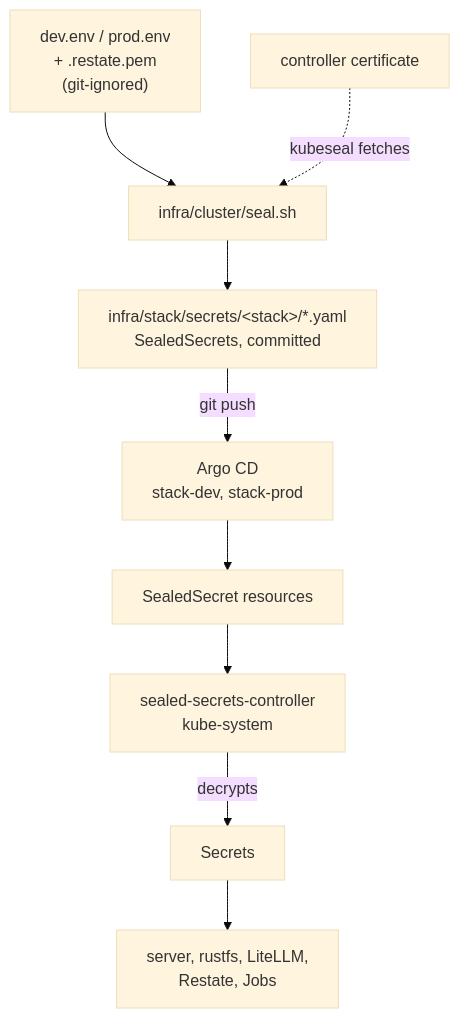
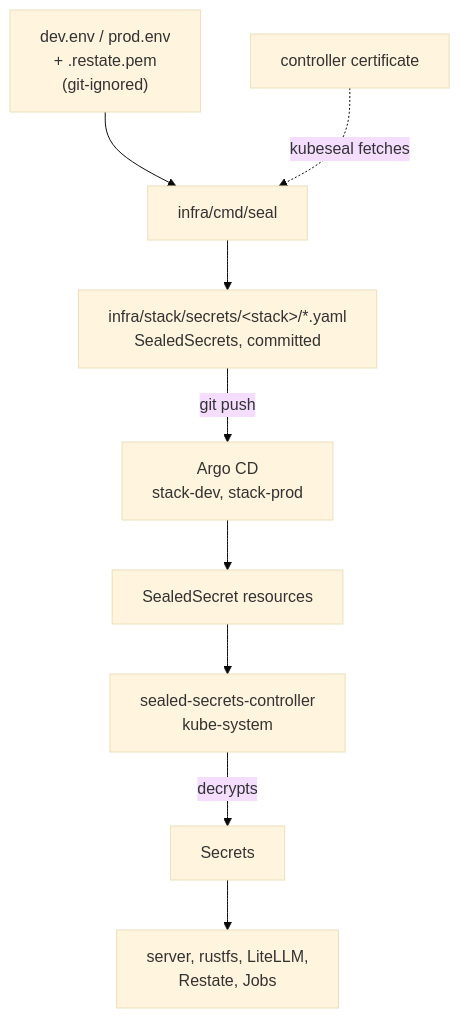
Before and after one commit to shopnexus/docs: the diagram in web/src/content/docs/en/operations/cluster/secrets.mdx, drawn with Mermaid (base theme). The commit also changed other lines of this file and 17 other files, not shown here.

First line of the commit message:
docs(web): cluster pages for the k3d configs, cmd/seal and smoke.hurl

````diff
--- a/web/src/content/docs/en/operations/cluster/secrets.mdx
+++ b/web/src/content/docs/en/operations/cluster/secrets.mdx
@@ -16,11 +16,11 @@
 ```mermaid title="From the .env file to a pod"
 flowchart TB
-  env["dev.env / prod.env<br/>+ .restate.pem<br/>(git-ignored)"] --> seal["infra/cluster/seal.sh"]
+  env["dev.env / prod.env<br/>+ .restate.pem<br/>(git-ignored)"] --> seal["infra/cmd/seal"]
   cert["controller certificate"] -.->|"kubeseal fetches"| seal
   seal --> yaml["infra/stack/secrets/#lt;stack#gt;/*.yaml<br/>SealedSecrets, committed"]
   yaml -->|"git push"| argo["Argo CD<br/>stack-dev, stack-prod"]
   argo --> ss["SealedSecret resources"]
   ss --> ctrl["sealed-secrets-controller<br/>kube-system"]
   ctrl -->|"decrypts"| sec["Secrets"]
   sec --> pods["server, rustfs, LiteLLM,<br/>Restate, Jobs"]
 ```
````
